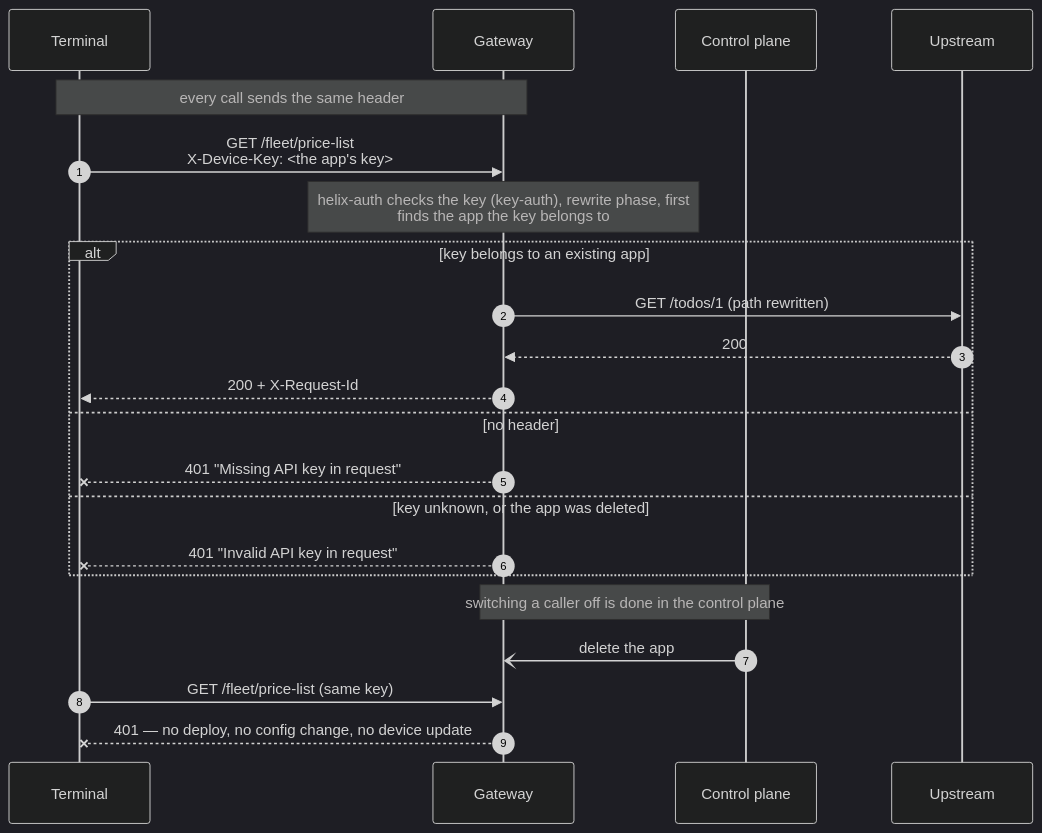
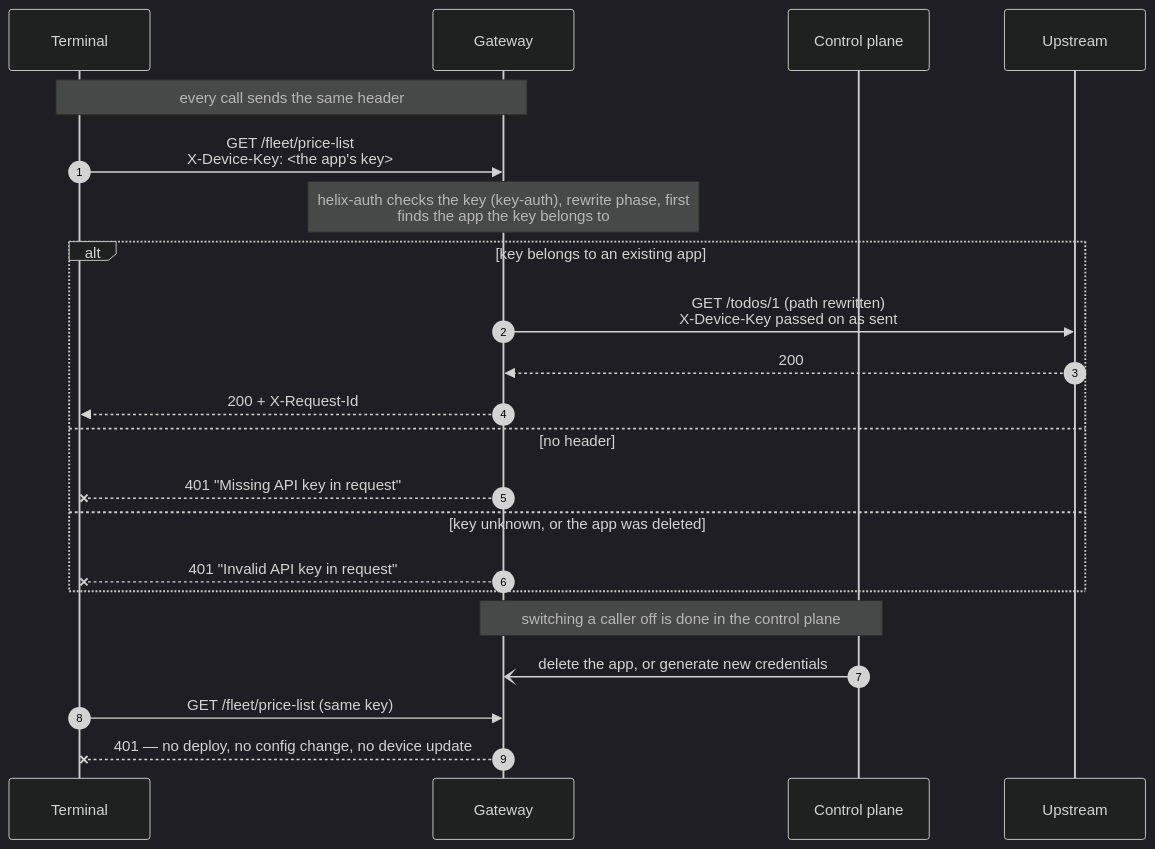
Before and after one commit to digitalapicraft/api-gateway-solutions: the diagram in solutions/08-api-key/architecture.md, drawn with Mermaid (dark theme). The commit also changed other lines of this file and 6 other files, not shown here.

````diff
--- a/solutions/08-api-key/architecture.md
+++ b/solutions/08-api-key/architecture.md
@@ -66,27 +66,27 @@
 ```mermaid
 sequenceDiagram
     autonumber
     participant T as Terminal
     participant GW as Gateway
     participant CP as Control plane
     participant UP as Upstream
 
     Note over T,GW: every call sends the same header
     T->>GW: GET /fleet/price-list<br/>X-Device-Key: <the app's key>
 
     Note over GW: helix-auth checks the key (key-auth), rewrite phase, first<br/>finds the app the key belongs to
     alt key belongs to an existing app
-        GW->>UP: GET /todos/1 (path rewritten)
+        GW->>UP: GET /todos/1 (path rewritten)<br/>X-Device-Key passed on as sent
         UP-->>GW: 200
         GW-->>T: 200 + X-Request-Id
     else no header
         GW--xT: 401 "Missing API key in request"
     else key unknown, or the app was deleted
         GW--xT: 401 "Invalid API key in request"
     end
 
     Note over CP,GW: switching a caller off is done in the control plane
-    CP-)GW: delete the app
+    CP-)GW: delete the app, or generate new credentials
     T->>GW: GET /fleet/price-list (same key)
     GW--xT: 401 — no deploy, no config change, no device update
 ```
````
